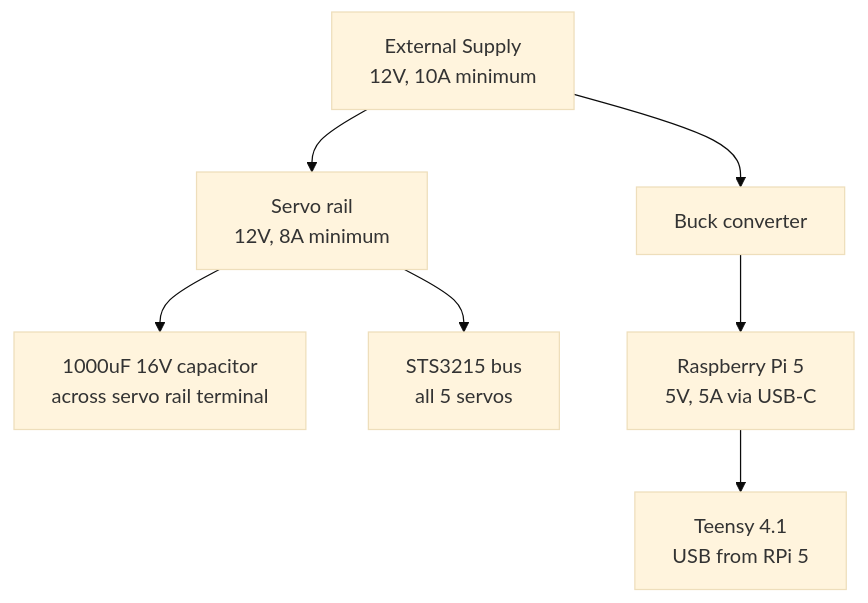
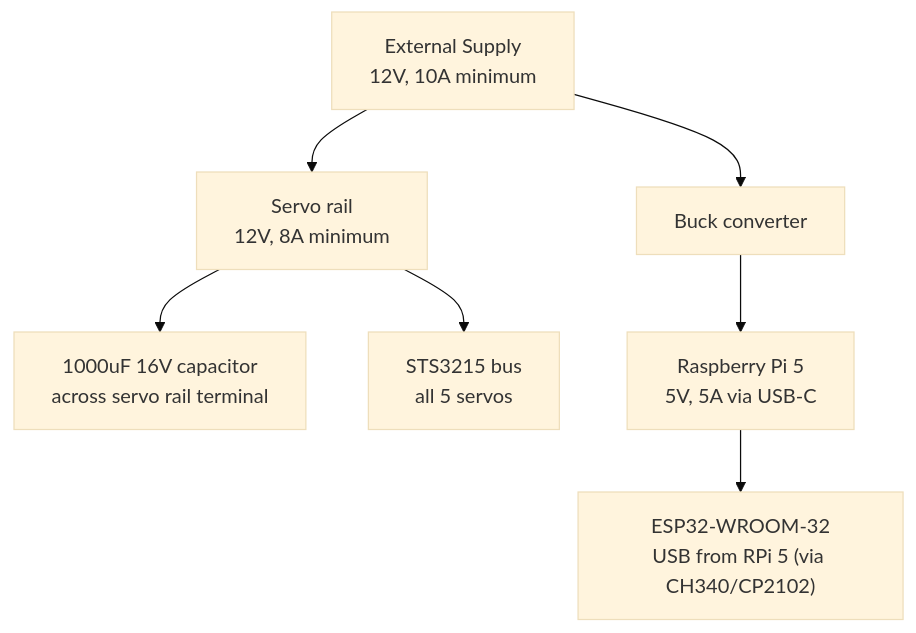
Before and after one commit to mohammedryn/VLA_Arm: the second of 3 diagrams in VLA_Robotic_Arm_Project_Report_FINAL.md, drawn with Mermaid (base theme). The commit also changed other lines of this file and 2 other files, not shown here.

First line of the commit message:
Migrate MCU from Teensy 4.1 to ESP32-WROOM-32 across all docs

````diff
--- a/VLA_Robotic_Arm_Project_Report_FINAL.md
+++ b/VLA_Robotic_Arm_Project_Report_FINAL.md
@@ -370,14 +373,14 @@
 ```mermaid
 flowchart TB
     SUPPLY["External Supply<br/>12V, 10A minimum"]
     SERVO["Servo rail<br/>12V, 8A minimum"]
     CAP["1000uF 16V capacitor<br/>across servo rail terminal"]
     STS["STS3215 bus<br/>all 5 servos"]
     BUCK["Buck converter"]
     RPI["Raspberry Pi 5<br/>5V, 5A via USB-C"]
-    TEENSY["Teensy 4.1<br/>USB from RPi 5"]
+    ESP32["ESP32-WROOM-32<br/>USB from RPi 5 (via CH340/CP2102)"]
 
     SUPPLY --> SERVO --> STS
     SERVO --> CAP
-    SUPPLY --> BUCK --> RPI --> TEENSY
+    SUPPLY --> BUCK --> RPI --> ESP32
 ```
````
